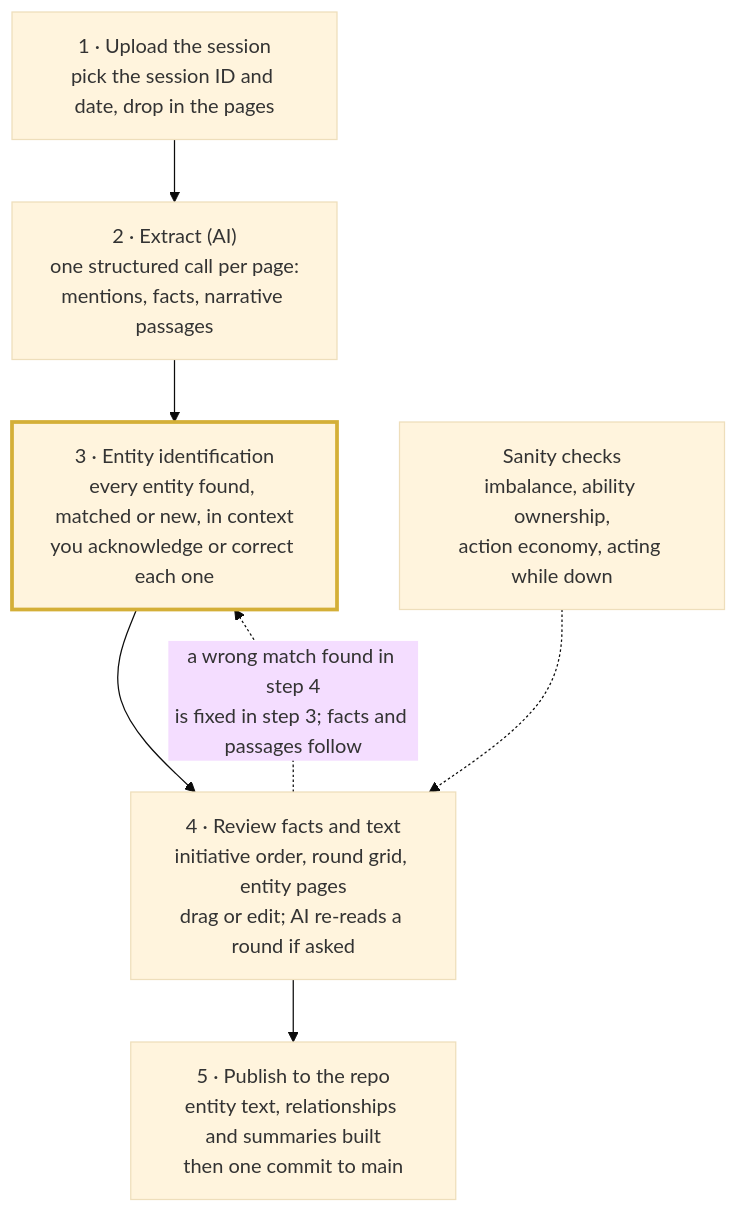
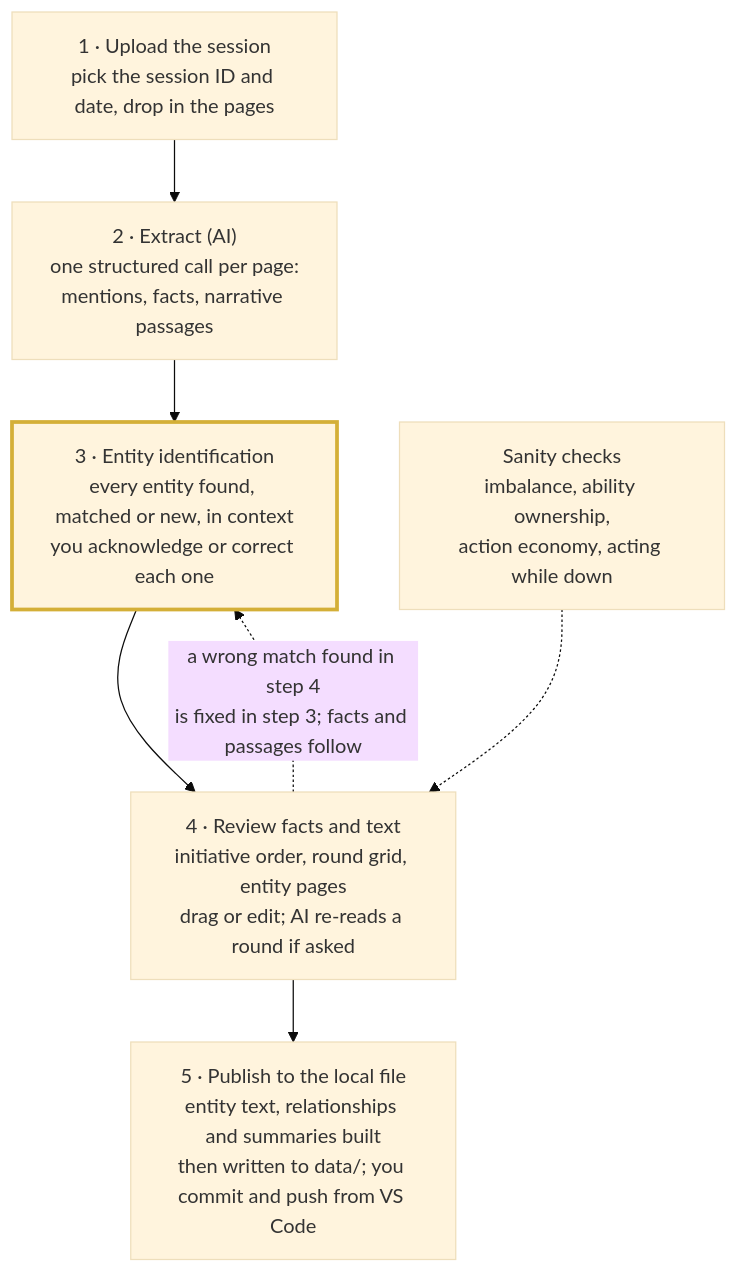
The diagram in docs/intake-redesign.md (dgrimesii/Chronicle-MagersCampaign), drawn with Mermaid (base theme) before and after one commit. The commit also changed other lines of this file, not shown here.

First line of the commit message:
docs(design): publish to the local file; scope the rebuild to session capture

````diff
--- a/docs/intake-redesign.md
+++ b/docs/intake-redesign.md
@@ -22,11 +22,11 @@
 ```mermaid
 flowchart TD
   U["1 · Upload the session<br/>pick the session ID and date, drop in the pages"] --> X["2 · Extract (AI)<br/>one structured call per page:<br/>mentions, facts, narrative passages"]
   X --> E["3 · Entity identification<br/>every entity found, matched or new, in context<br/>you acknowledge or correct each one"]
   E --> R["4 · Review facts and text<br/>initiative order, round grid, entity pages<br/>drag or edit; AI re-reads a round if asked"]
-  R --> P["5 · Publish to the repo<br/>entity text, relationships and summaries built<br/>then one commit to main"]
+  R --> P["5 · Publish to the local file<br/>entity text, relationships and summaries built<br/>then written to data/; you commit and push from VS Code"]
   R -. "a wrong match found in step 4<br/>is fixed in step 3; facts and passages follow" .-> E
   F["Sanity checks<br/>imbalance, ability ownership,<br/>action economy, acting while down"] -.-> R
   classDef key stroke:#d4af37,stroke-width:3px
   class E key
 ```
````
